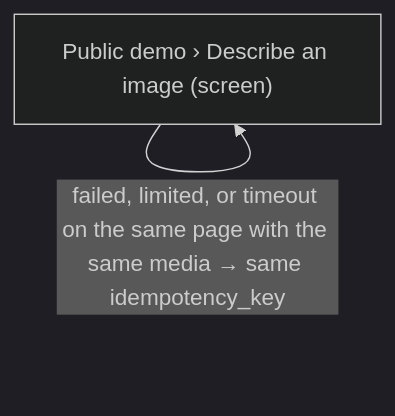
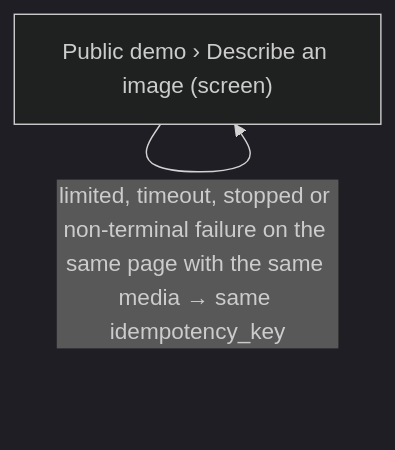
Before and after one commit to darce/context-alt-text-monorepo: the fourth of 5 diagrams in apps/prototype-wp-alt-context/docs/ux-maps/public-demo-describe.md, drawn with Mermaid (dark theme). The commit also changed other lines of this file and 4 other files, not shown here.

````diff
--- a/apps/prototype-wp-alt-context/docs/ux-maps/public-demo-describe.md
+++ b/apps/prototype-wp-alt-context/docs/ux-maps/public-demo-describe.md
@@ -246,7 +258,7 @@
 ```mermaid
 flowchart TD
   %% flow: OBSERVED: same-page retry reuses the in-memory key job=retry-same-trigger
-  %% steps: [{"screen_id":"public-demo-describe","branch_label":"failed, limited, or timeout on the same page with the same media → same idempotency_key"},{"screen_id":"public-demo-describe","branch_label":"completed run clears the key; the next submit mints a new one"}]
+  %% steps: [{"screen_id":"public-demo-describe","branch_label":"limited, timeout, stopped or non-terminal failure on the same page with the same media → same idempotency_key"},{"screen_id":"public-demo-describe","branch_label":"completed run, terminal failure or 403 run_not_available clears the key; the next submit mints a new one; changing media also mints a new key"}]
   n_public_demo_describe["Public demo › Describe an image (screen)"]
-  n_public_demo_describe -->|failed, limited, or timeout on the same page with the same media → same idempotency_key| n_public_demo_describe
+  n_public_demo_describe -->|limited, timeout, stopped or non-terminal failure on the same page with the same media → same idempotency_key| n_public_demo_describe
 ```
````
